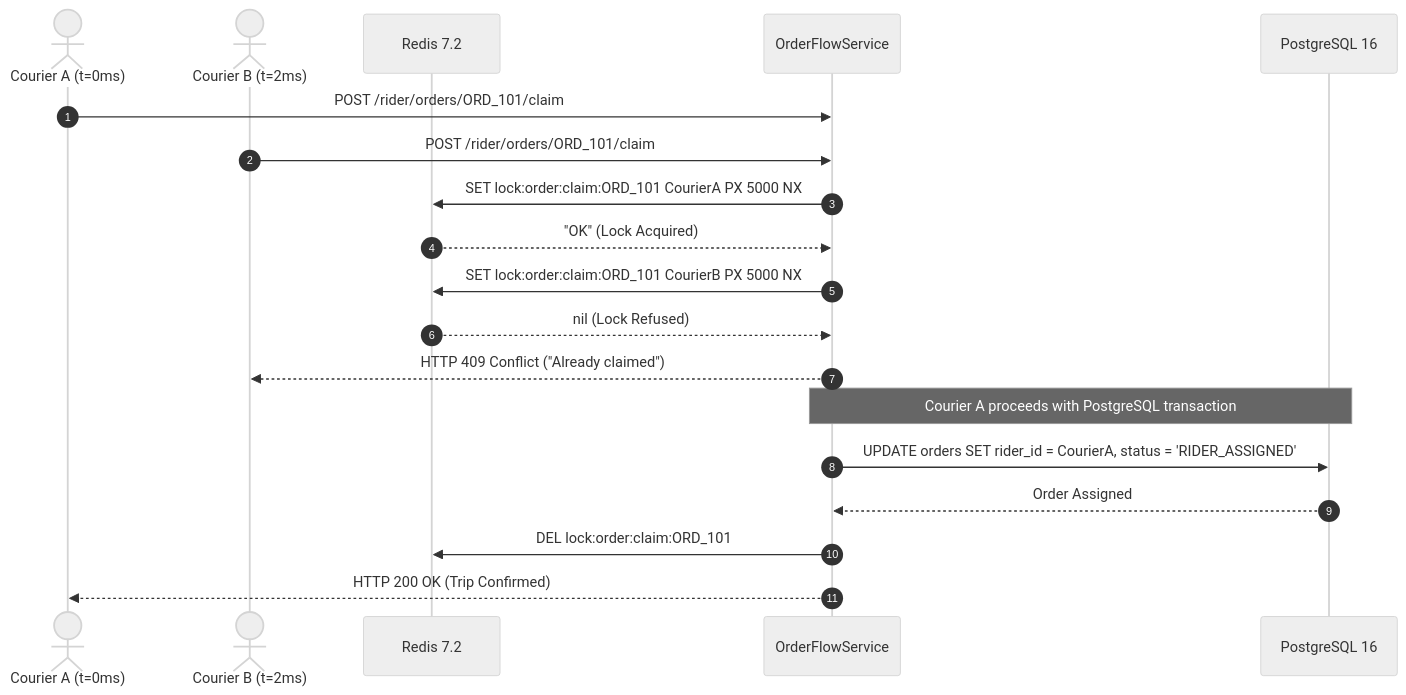
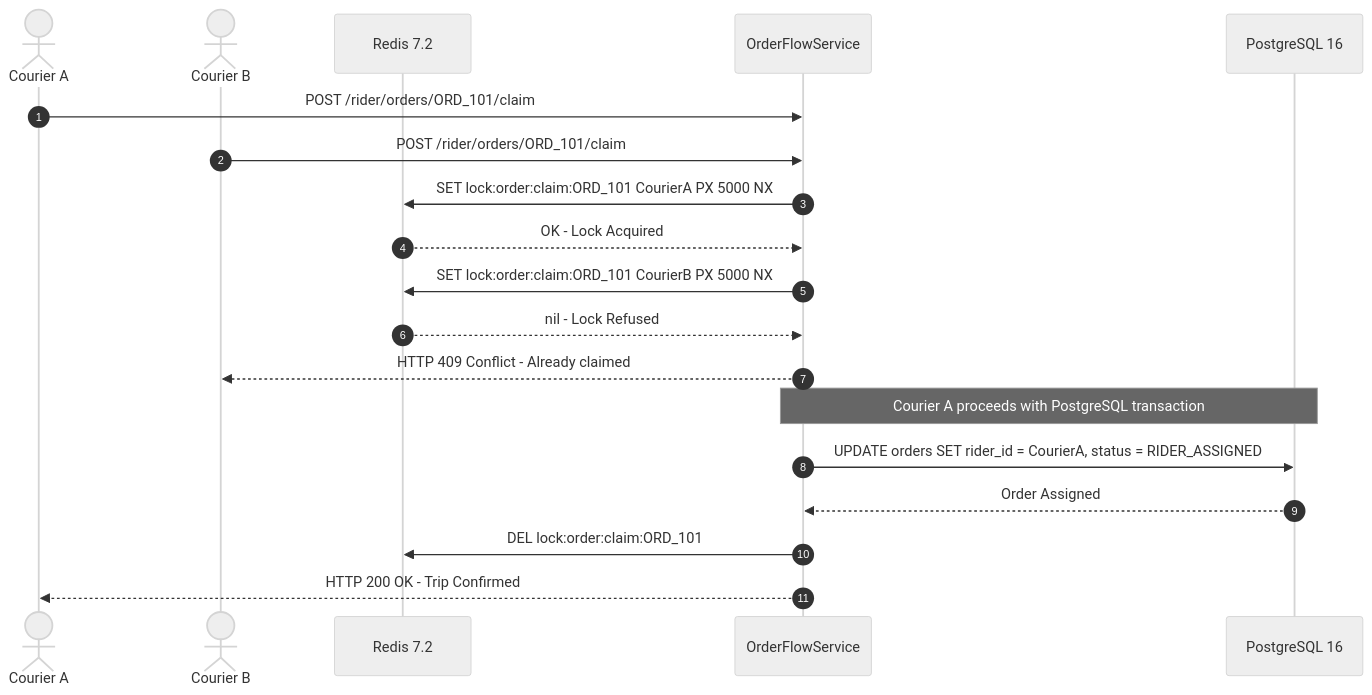
One commit to ihjohny/DeliveryOS changed the diagram in context_docs/architecture-decision-records/ADR-004-atomic-dispatch-claim-mutex.md. Above: the diagram before and after it, drawn with Mermaid (neutral theme). The commit also changed 5 other files, not shown here.

Commit message:
fix(adr): sanitize Mermaid diagram syntax across ADR suite for GitHub rich display rendering

````diff
--- a/context_docs/architecture-decision-records/ADR-004-atomic-dispatch-claim-mutex.md
+++ b/context_docs/architecture-decision-records/ADR-004-atomic-dispatch-claim-mutex.md
@@ -36,26 +36,26 @@
 ```mermaid
 sequenceDiagram
     autonumber
-    actor CourierA as Courier A (t=0ms)
-    actor CourierB as Courier B (t=2ms)
+    actor CourierA as Courier A
+    actor CourierB as Courier B
     participant Redis as Redis 7.2
     participant API as OrderFlowService
     participant DB as PostgreSQL 16
 
     CourierA->>API: POST /rider/orders/ORD_101/claim
     CourierB->>API: POST /rider/orders/ORD_101/claim
     
     API->>Redis: SET lock:order:claim:ORD_101 CourierA PX 5000 NX
-    Redis-->>API: "OK" (Lock Acquired)
+    Redis-->>API: OK - Lock Acquired
     
     API->>Redis: SET lock:order:claim:ORD_101 CourierB PX 5000 NX
-    Redis-->>API: nil (Lock Refused)
+    Redis-->>API: nil - Lock Refused
     
-    API-->>CourierB: HTTP 409 Conflict ("Already claimed")
+    API-->>CourierB: HTTP 409 Conflict - Already claimed
 
     Note over API,DB: Courier A proceeds with PostgreSQL transaction
-    API->>DB: UPDATE orders SET rider_id = CourierA, status = 'RIDER_ASSIGNED'
+    API->>DB: UPDATE orders SET rider_id = CourierA, status = RIDER_ASSIGNED
     DB-->>API: Order Assigned
     API->>Redis: DEL lock:order:claim:ORD_101
-    API-->>CourierA: HTTP 200 OK (Trip Confirmed)
+    API-->>CourierA: HTTP 200 OK - Trip Confirmed
 ```
````
